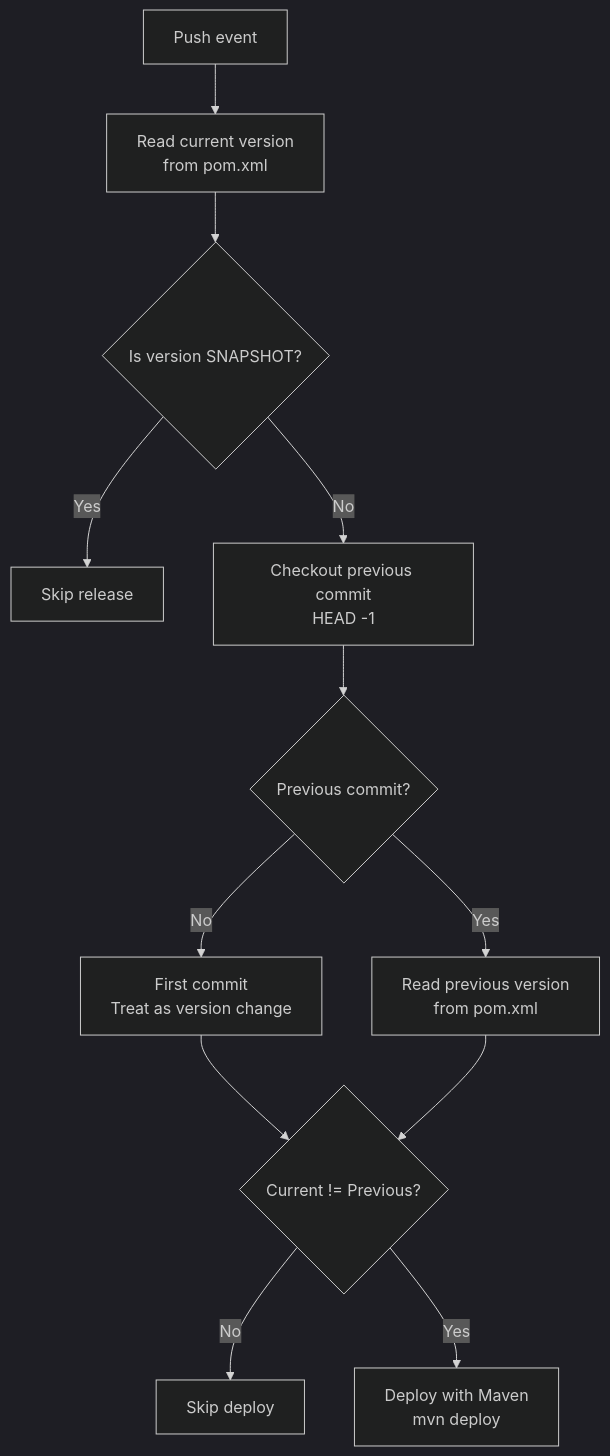
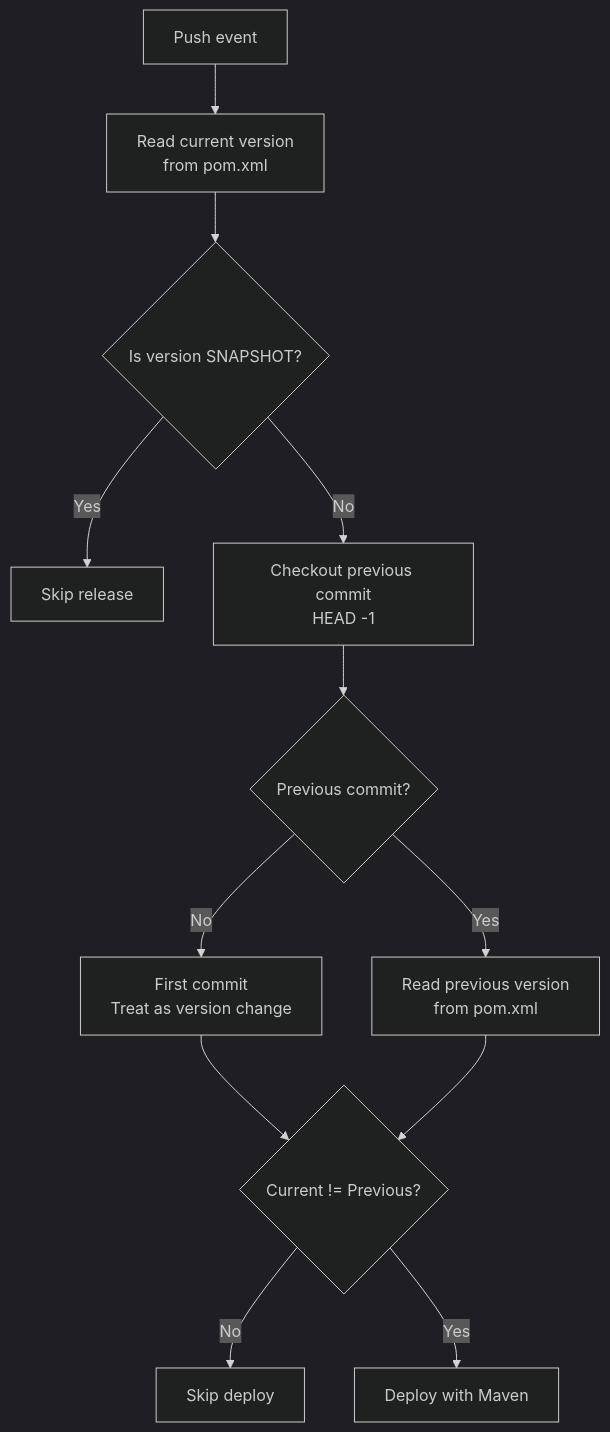
Before and after one commit to doda2025-team14/operation: the second of 2 diagrams in README.md, drawn with Mermaid (dark theme).

````diff
--- a/README.md
+++ b/README.md
@@ -170,21 +170,21 @@
 ```mermaid
 flowchart TD
     A[Push event]
     A --> D[Read current version<br/>from pom.xml]
 
     D --> E{Is version SNAPSHOT?}
     E -- Yes --> F[Skip release]
     E -- No --> G[Checkout previous commit<br/>HEAD -1]
 
     G --> H{Previous commit?}
     H -- No --> I[First commit<br/>Treat as version change]
     H -- Yes --> J[Read previous version<br/>from pom.xml]
 
     I --> K{Current != Previous?}
     J --> K{Current != Previous?}
 
     K -- No --> L[Skip deploy]
     K -- Yes --> Q
 
-   Q[Deploy with Maven<br/>mvn deploy]
+   Q[Deploy with Maven]
 ```
````
